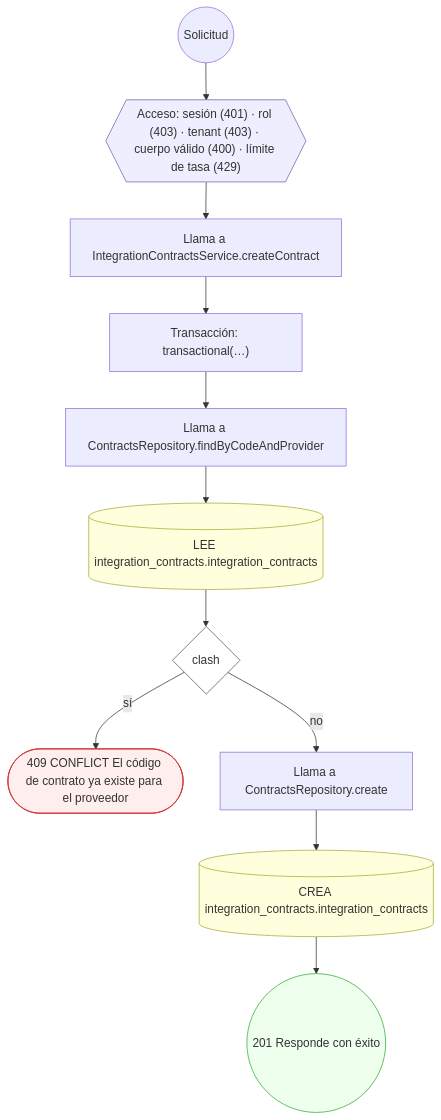
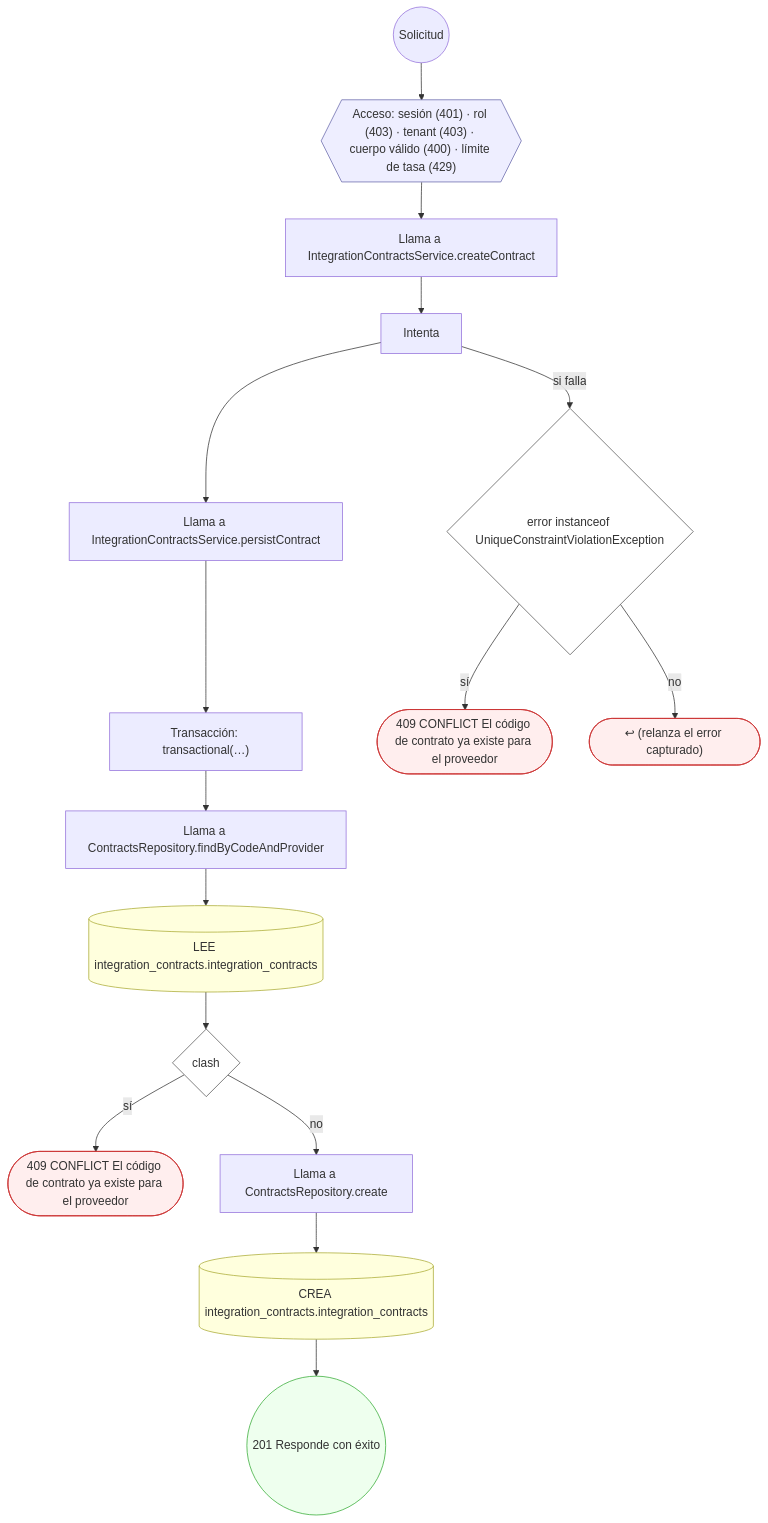
The second of 12 diagrams in docs/inventario/flujos/integration_contracts.md (mdavila-2001/mantra-core-health-api), drawn with Mermaid before and after one commit. The commit also changed other lines of this file and 438 other files, not shown here.

````diff
--- a/docs/inventario/flujos/integration_contracts.md
+++ b/docs/inventario/flujos/integration_contracts.md
@@ -174,30 +174,40 @@
 ```mermaid
 flowchart TD
   n1(("Solicitud")):::inicio
   n2{{"Acceso: sesión (401) · rol (403) · tenant (403) · cuerpo válido (400) · límite de tasa (429)"}}:::acceso
   n1 --> n2
   n3["Llama a IntegrationContractsService.createContract"]:::llamada
   n2 --> n3
-  n4["Transacción: transactional(…)"]:::transaccion
+  n4["Intenta"]:::intento
   n3 --> n4
-  n5["Llama a ContractsRepository.findByCodeAndProvider"]:::llamada
+  n5["Llama a IntegrationContractsService.persistContract"]:::llamada
   n4 --> n5
-  n6[("LEE integration_contracts.integration_contracts")]:::efecto
+  n6["Transacción: transactional(…)"]:::transaccion
   n5 --> n6
-  n7{"clash"}:::decision
+  n7["Llama a ContractsRepository.findByCodeAndProvider"]:::llamada
   n6 --> n7
-  n8(["409 CONFLICT El código de contrato ya existe para el proveedor"]):::error
-  n7 -->|"sí"| n8
-  n9["Llama a ContractsRepository.create"]:::llamada
-  n7 -->|"no"| n9
-  n10[("CREA integration_contracts.integration_contracts")]:::efecto
-  n9 --> n10
-  n11(("201 Responde con éxito")):::ok
-  n10 --> n11
+  n8[("LEE integration_contracts.integration_contracts")]:::efecto
+  n7 --> n8
+  n9{"clash"}:::decision
+  n8 --> n9
+  n10(["409 CONFLICT El código de contrato ya existe para el proveedor"]):::error
+  n9 -->|"sí"| n10
+  n11["Llama a ContractsRepository.create"]:::llamada
+  n9 -->|"no"| n11
+  n12[("CREA integration_contracts.integration_contracts")]:::efecto
+  n11 --> n12
+  n13{"error instanceof UniqueConstraintViolationException"}:::decision
+  n4 -->|"si falla"| n13
+  n14(["409 CONFLICT El código de contrato ya existe para el proveedor"]):::error
+  n13 -->|"sí"| n14
+  n15(["↩ (relanza el error capturado)"]):::error
+  n13 -->|"no"| n15
+  n16(("201 Responde con éxito")):::ok
+  n12 --> n16
   classDef acceso fill:#eef,stroke:#66a
   classDef error fill:#fee,stroke:#c33
   classDef ok fill:#efe,stroke:#3a3
   classDef efecto fill:#ffd,stroke:#aa3
   classDef decision fill:#fff,stroke:#555
   classDef corte fill:#eee,stroke:#999,stroke-dasharray: 4
 ```
````
